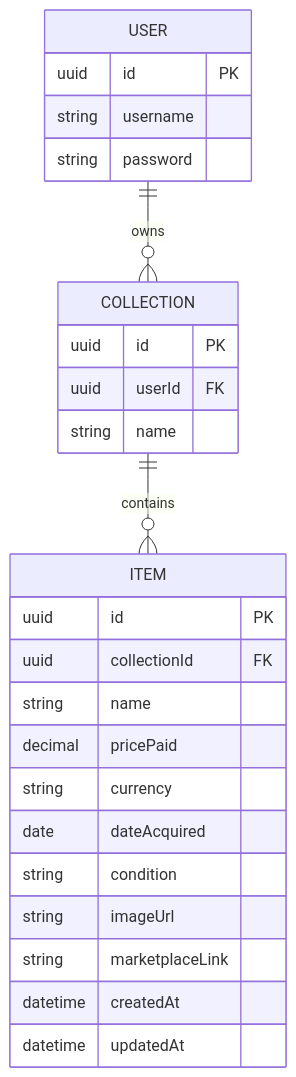
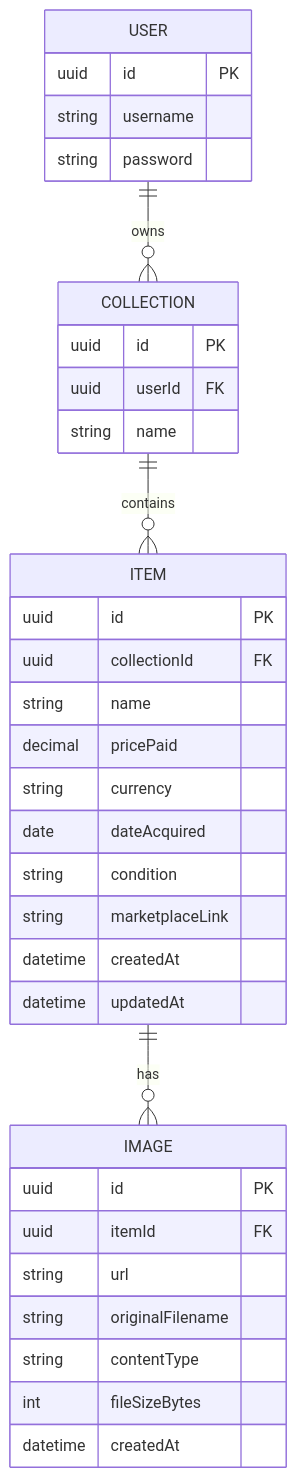
One commit to MarcoSchoch1/pack-rat-docs changed the diagram in database/data-model-mvp.md. Above: the diagram before and after it, drawn with Mermaid. The commit also changed other lines of this file, not shown here.

Commit message:
docs: add image as a own entity for future proofing

````diff
--- a/database/data-model-mvp.md
+++ b/database/data-model-mvp.md
@@ -5,28 +5,37 @@
 ```mermaid
 erDiagram
   USER ||--o{ COLLECTION : owns
   COLLECTION ||--o{ ITEM : contains
+  ITEM ||--o{ IMAGE : has
   USER {
     uuid id PK
     string username
     string password
   }
   COLLECTION {
     uuid id PK
     uuid userId FK
     string name
   }
   ITEM {
     uuid id PK
     uuid collectionId FK
     string name
     decimal pricePaid
     string currency
     date dateAcquired
     string condition
-    string imageUrl
     string marketplaceLink
     datetime createdAt
     datetime updatedAt
   }
+  IMAGE {
+    uuid id PK
+    uuid itemId FK
+    string url
+    string originalFilename
+    string contentType
+    int fileSizeBytes
+    datetime createdAt
+  }
 ```
````
